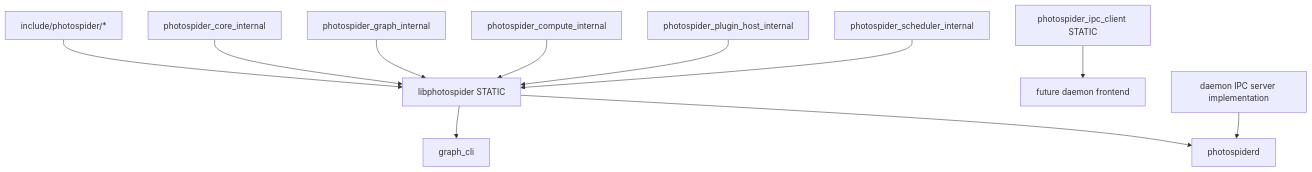
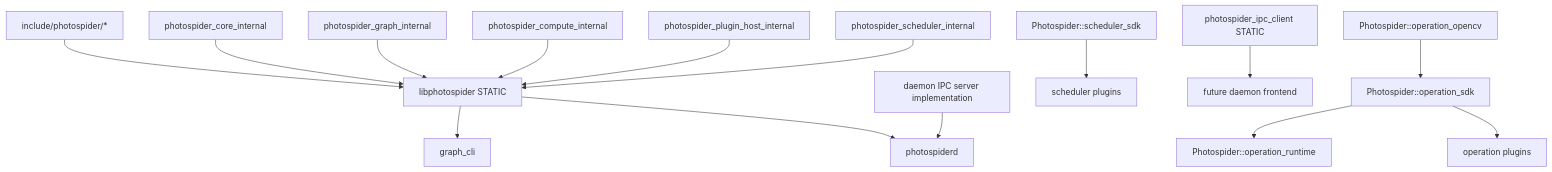
Before and after one commit to kevin-zf1123/photospider: the first of 2 diagrams in docs/codebase-structure/Codebase-Structure-Direction.md, drawn with Mermaid. The commit also changed other lines of this file and 13 other files, not shown here.

````diff
--- a/docs/codebase-structure/Codebase-Structure-Direction.md
+++ b/docs/codebase-structure/Codebase-Structure-Direction.md
@@ -292,13 +314,17 @@
 ```mermaid
 graph TD
     public_headers["include/photospider/*"] --> libphotospider["libphotospider STATIC"]
     core["photospider_core_internal"] --> libphotospider
     graph_internal["photospider_graph_internal"] --> libphotospider
     compute["photospider_compute_internal"] --> libphotospider
     plugin_host["photospider_plugin_host_internal"] --> libphotospider
     scheduler["photospider_scheduler_internal"] --> libphotospider
+    operation_sdk["Photospider::operation_sdk"] --> operation_runtime["Photospider::operation_runtime"]
+    operation_opencv["Photospider::operation_opencv"] --> operation_sdk
+    scheduler_sdk["Photospider::scheduler_sdk"] --> scheduler_plugins["scheduler plugins"]
+    operation_sdk --> operation_plugins["operation plugins"]
     ipc_client["photospider_ipc_client STATIC"] --> future_frontend["future daemon frontend"]
     libphotospider --> graph_cli
     libphotospider --> photospiderd
     ipc_server["daemon IPC server implementation"] --> photospiderd
 ```
````
